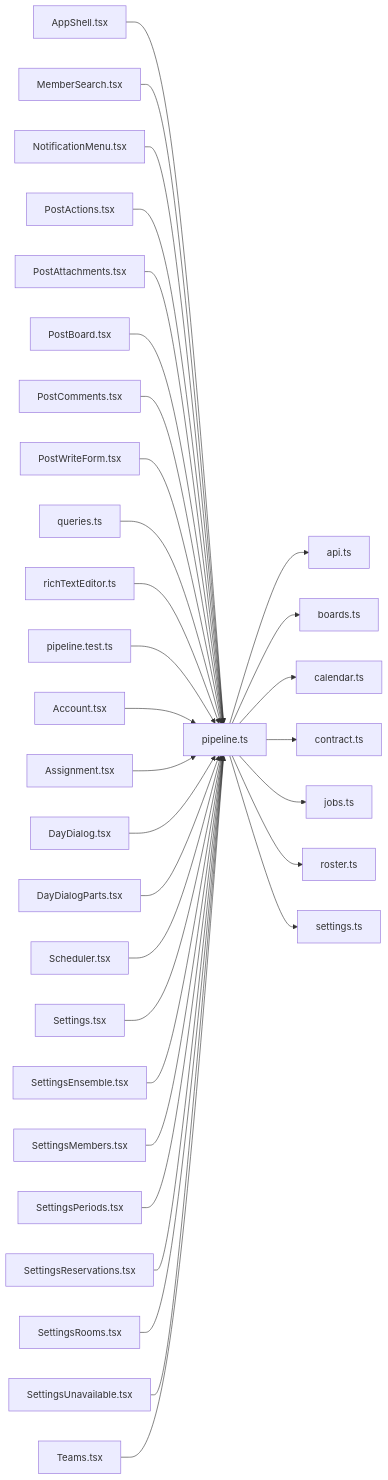
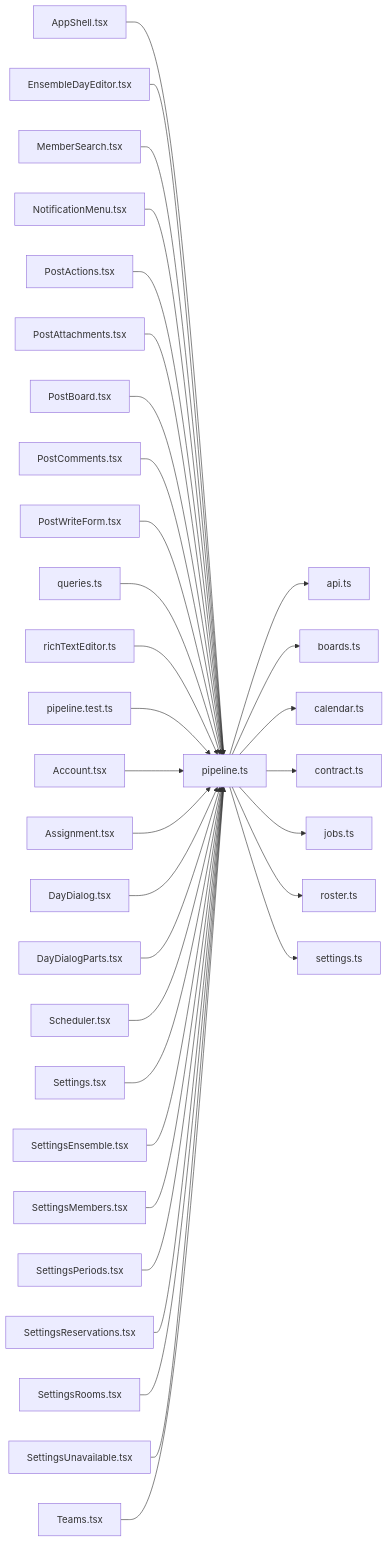
One commit to minkong-dev/Banblit changed the diagram in .cluedoc/graph/frontend/src/lib/pipeline.md. Above: the diagram before and after it, drawn with Mermaid. The commit also changed other lines of this file and 15 other files, not shown here.

Commit message:
frontend: move the per-day ensemble time editor into components

````diff
--- a/.cluedoc/graph/frontend/src/lib/pipeline.md
+++ b/.cluedoc/graph/frontend/src/lib/pipeline.md
@@ -10,35 +10,36 @@
 ```mermaid
 flowchart LR
   frontend_src_lib_pipeline["pipeline.ts"]
   frontend_src_lib_pipeline --> frontend_src_lib_api["api.ts"]
   frontend_src_lib_pipeline --> frontend_src_lib_boards["boards.ts"]
   frontend_src_lib_pipeline --> frontend_src_lib_calendar["calendar.ts"]
   frontend_src_lib_pipeline --> frontend_src_lib_contract["contract.ts"]
   frontend_src_lib_pipeline --> frontend_src_lib_jobs["jobs.ts"]
   frontend_src_lib_pipeline --> frontend_src_lib_roster["roster.ts"]
   frontend_src_lib_pipeline --> frontend_src_lib_settings["settings.ts"]
   frontend_src_components_AppShell["AppShell.tsx"] --> frontend_src_lib_pipeline
+  frontend_src_components_EnsembleDayEditor["EnsembleDayEditor.tsx"] --> frontend_src_lib_pipeline
   frontend_src_components_MemberSearch["MemberSearch.tsx"] --> frontend_src_lib_pipeline
   frontend_src_components_NotificationMenu["NotificationMenu.tsx"] --> frontend_src_lib_pipeline
   frontend_src_components_PostActions["PostActions.tsx"] --> frontend_src_lib_pipeline
   frontend_src_components_PostAttachments["PostAttachments.tsx"] --> frontend_src_lib_pipeline
   frontend_src_components_PostBoard["PostBoard.tsx"] --> frontend_src_lib_pipeline
   frontend_src_components_PostComments["PostComments.tsx"] --> frontend_src_lib_pipeline
   frontend_src_components_PostWriteForm["PostWriteForm.tsx"] --> frontend_src_lib_pipeline
   frontend_src_components_queries["queries.ts"] --> frontend_src_lib_pipeline
   frontend_src_components_richTextEditor["richTextEditor.ts"] --> frontend_src_lib_pipeline
   frontend_src_lib_pipeline_test["pipeline.test.ts"] --> frontend_src_lib_pipeline
   frontend_src_routes_Account["Account.tsx"] --> frontend_src_lib_pipeline
   frontend_src_routes_Assignment["Assignment.tsx"] --> frontend_src_lib_pipeline
   frontend_src_routes_DayDialog["DayDialog.tsx"] --> frontend_src_lib_pipeline
   frontend_src_routes_DayDialogParts["DayDialogParts.tsx"] --> frontend_src_lib_pipeline
   frontend_src_routes_Scheduler["Scheduler.tsx"] --> frontend_src_lib_pipeline
   frontend_src_routes_Settings["Settings.tsx"] --> frontend_src_lib_pipeline
   frontend_src_routes_SettingsEnsemble["SettingsEnsemble.tsx"] --> frontend_src_lib_pipeline
   frontend_src_routes_SettingsMembers["SettingsMembers.tsx"] --> frontend_src_lib_pipeline
   frontend_src_routes_SettingsPeriods["SettingsPeriods.tsx"] --> frontend_src_lib_pipeline
   frontend_src_routes_SettingsReservations["SettingsReservations.tsx"] --> frontend_src_lib_pipeline
   frontend_src_routes_SettingsRooms["SettingsRooms.tsx"] --> frontend_src_lib_pipeline
   frontend_src_routes_SettingsUnavailable["SettingsUnavailable.tsx"] --> frontend_src_lib_pipeline
   frontend_src_routes_Teams["Teams.tsx"] --> frontend_src_lib_pipeline
 ```
````
